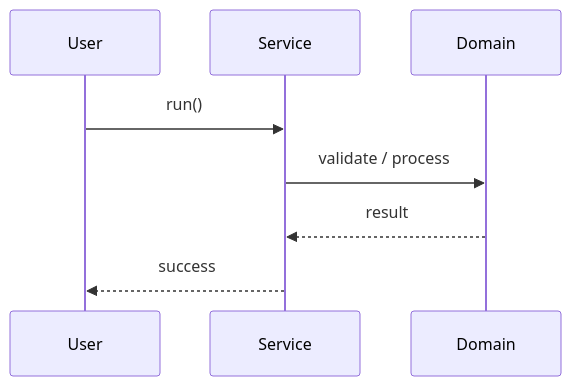
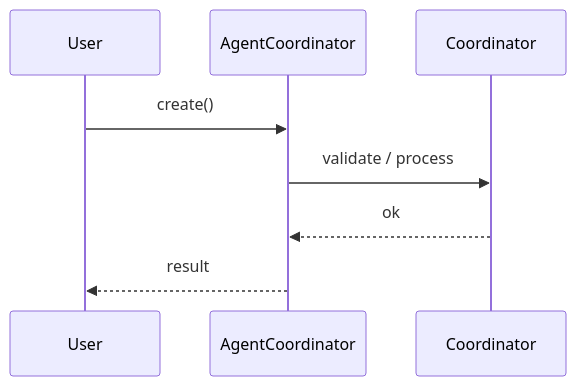
Before and after one commit to madhupaila/Interview-Prep-SSE: the second of 3 diagrams in Learn/System Design - Low Level Design/05-genai-llm-lld/questions/Q10-multi-agent-coordinator.md, drawn with Mermaid. The commit also changed other lines of this file and 491 other files, not shown here.

````diff
--- a/Learn/System Design - Low Level Design/05-genai-llm-lld/questions/Q10-multi-agent-coordinator.md
+++ b/Learn/System Design - Low Level Design/05-genai-llm-lld/questions/Q10-multi-agent-coordinator.md
@@ -121,10 +154,10 @@
 ```mermaid
 sequenceDiagram
-    participant U as User
-    participant S as Service
-    participant D as Domain
-    U->>S: run()
-    S->>D: validate / process
-    D-->>S: result
-    S-->>U: success
+participant U as User
+participant S as AgentCoordinator
+participant D as Coordinator
+U->>S: create()
+S->>D: validate / process
+D-->>S: ok
+S-->>U: result
 ```
````
